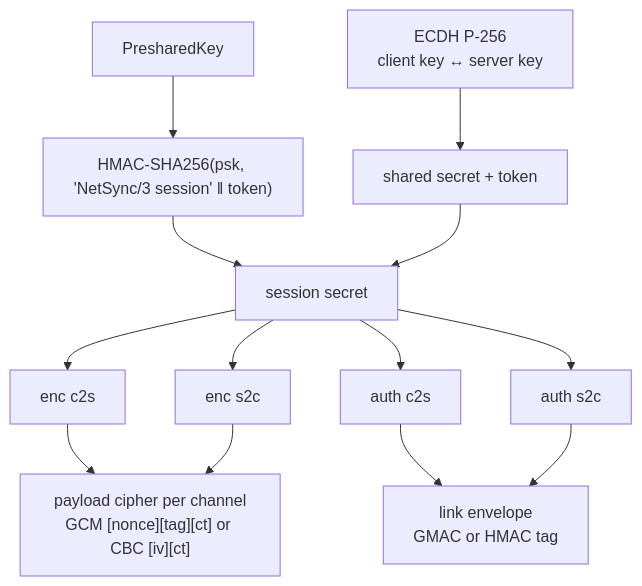
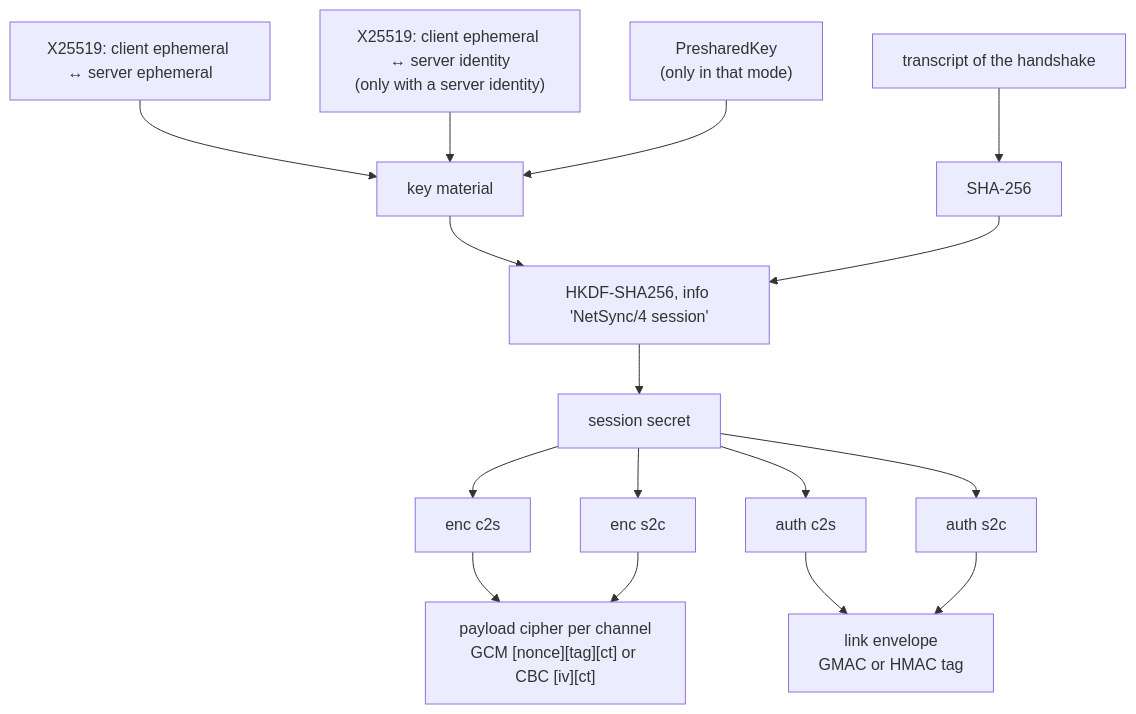
Before and after one commit to VladislavKresov/NetSync: the diagram in docs/3 Internals/Keys and envelope.md, drawn with Mermaid. The commit also changed other lines of this file and 20 other files, not shown here.

````diff
--- a/docs/3 Internals/Keys and envelope.md
+++ b/docs/3 Internals/Keys and envelope.md
@@ -9,13 +9,16 @@
 ```mermaid
 flowchart TD
-  psk["PresharedKey"] --> s1["HMAC-SHA256(psk, 'NetSync/3 session' ‖ token)"]
-  ecdh["ECDH P-256<br/>client key ↔ server key"] --> s2["shared secret + token"]
-  s1 --> secret["session secret"]
-  s2 --> secret
+  ee["X25519: client ephemeral ↔ server ephemeral"] --> ikm["key material"]
+  es["X25519: client ephemeral ↔ server identity<br/>(only with a server identity)"] --> ikm
+  psk["PresharedKey<br/>(only in that mode)"] --> ikm
+  tr["transcript of the handshake"] --> salt["SHA-256"]
+  ikm --> hkdf["HKDF-SHA256, info 'NetSync/4 session'"]
+  salt --> hkdf
+  hkdf --> secret["session secret"]
   secret --> k1["enc c2s"]
   secret --> k2["enc s2c"]
   secret --> k3["auth c2s"]
   secret --> k4["auth s2c"]
   k1 & k2 --> payload["payload cipher per channel<br/>GCM [nonce][tag][ct] or CBC [iv][ct]"]
   k3 & k4 --> envelope["link envelope<br/>GMAC or HMAC tag"]
 ```
````
